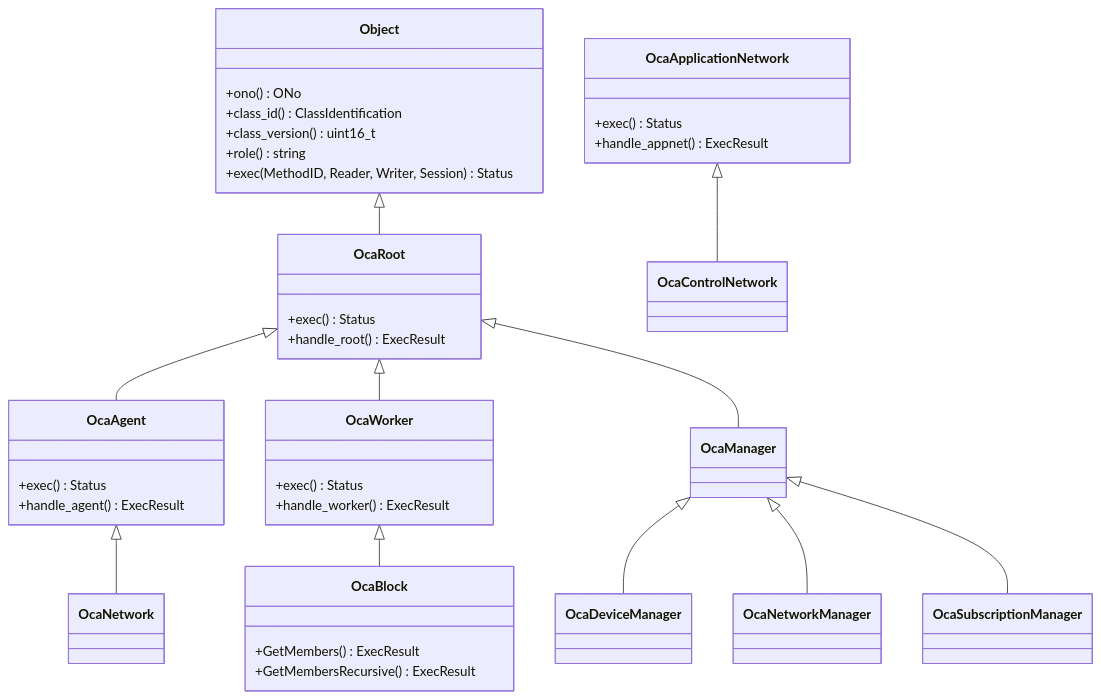
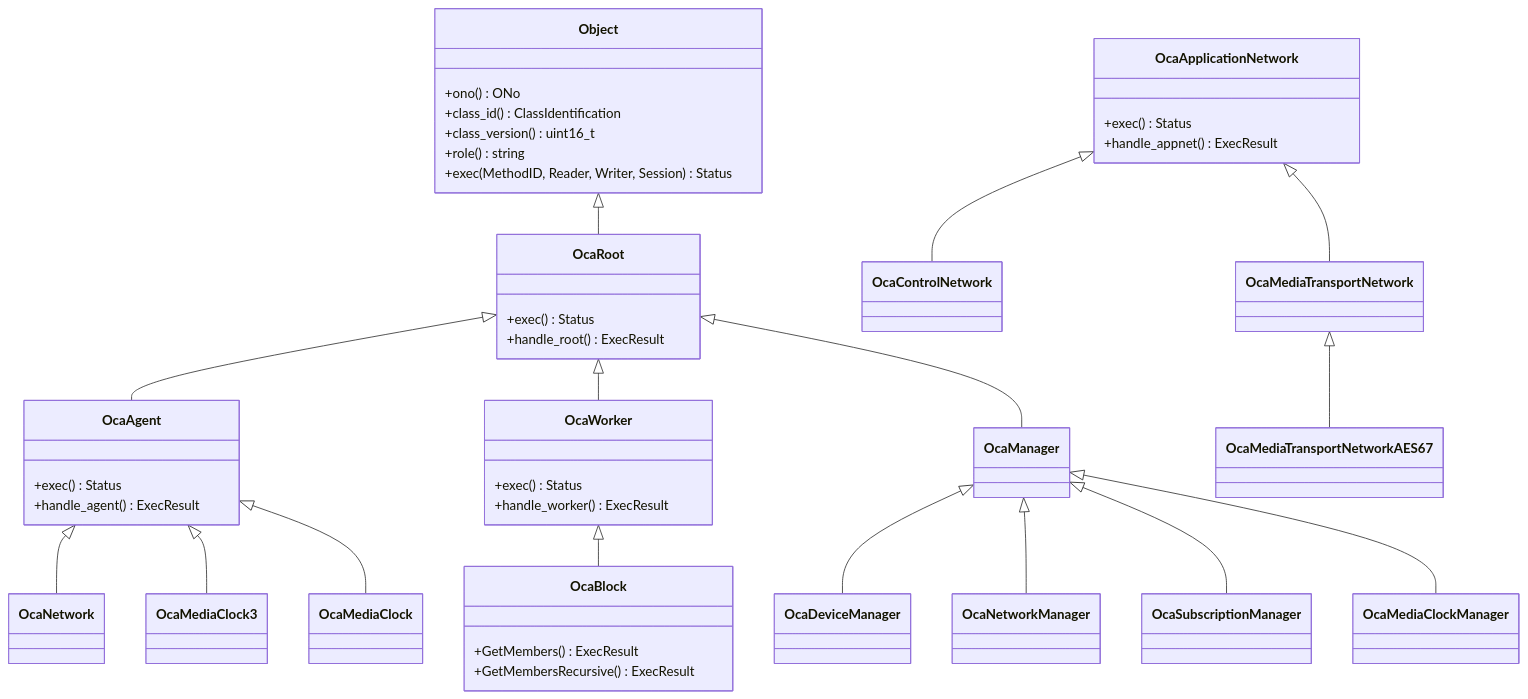
The second of 5 diagrams in docs/ops/oca-design-and-maintenance.md (JunJunHub/aes67-linux-daemon), drawn with Mermaid before and after one commit. The commit also changed other lines of this file, not shown here.

First line of the commit message:
docs(oca): 维护手册同步 Spec5 — 媒体桥接

````diff
--- a/docs/ops/oca-design-and-maintenance.md
+++ b/docs/ops/oca-design-and-maintenance.md
@@ -96,46 +96,56 @@
 ```mermaid
 classDiagram
     class Object {
         +ono() ONo
         +class_id() ClassIdentification
         +class_version() uint16_t
         +role() string
         +exec(MethodID, Reader, Writer, Session) Status
     }
     class OcaRoot {
         +exec() Status
         +handle_root() ExecResult
     }
     class OcaWorker {
         +exec() Status
         +handle_worker() ExecResult
     }
     class OcaManager
     class OcaBlock {
         +GetMembers() ExecResult
         +GetMembersRecursive() ExecResult
     }
     class OcaDeviceManager
     class OcaNetworkManager
     class OcaSubscriptionManager
     class OcaAgent {
         +exec() Status
         +handle_agent() ExecResult
     }
     class OcaApplicationNetwork {
         +exec() Status
         +handle_appnet() ExecResult
     }
     class OcaNetwork
     class OcaControlNetwork
+    class OcaMediaClockManager
+    class OcaMediaClock3
+    class OcaMediaClock
+    class OcaMediaTransportNetwork
+    class OcaMediaTransportNetworkAES67
     Object <|-- OcaRoot
     OcaRoot <|-- OcaAgent
     OcaRoot <|-- OcaWorker
     OcaRoot <|-- OcaManager
     OcaWorker <|-- OcaBlock
     OcaManager <|-- OcaDeviceManager
     OcaManager <|-- OcaNetworkManager
     OcaManager <|-- OcaSubscriptionManager
+    OcaManager <|-- OcaMediaClockManager
     OcaAgent <|-- OcaNetwork
+    OcaAgent <|-- OcaMediaClock3
+    OcaAgent <|-- OcaMediaClock
     OcaApplicationNetwork <|-- OcaControlNetwork
+    OcaApplicationNetwork <|-- OcaMediaTransportNetwork
+    OcaMediaTransportNetwork <|-- OcaMediaTransportNetworkAES67
 ```
````
